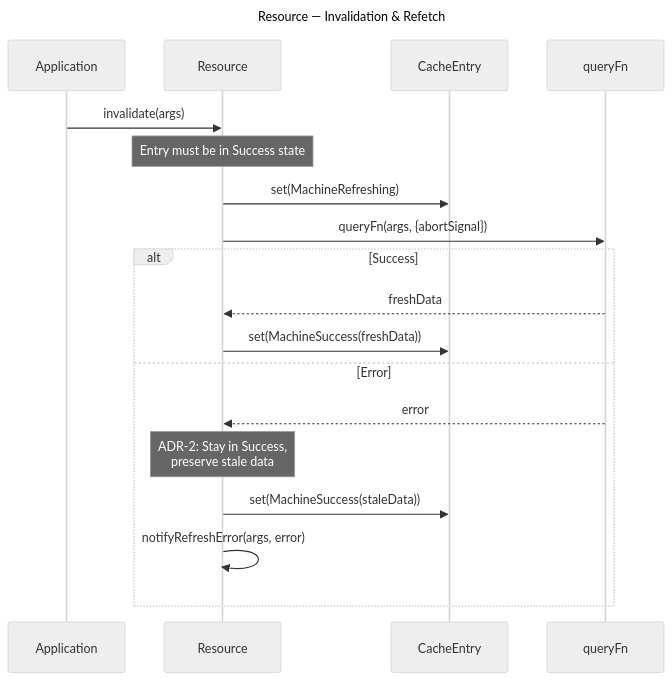
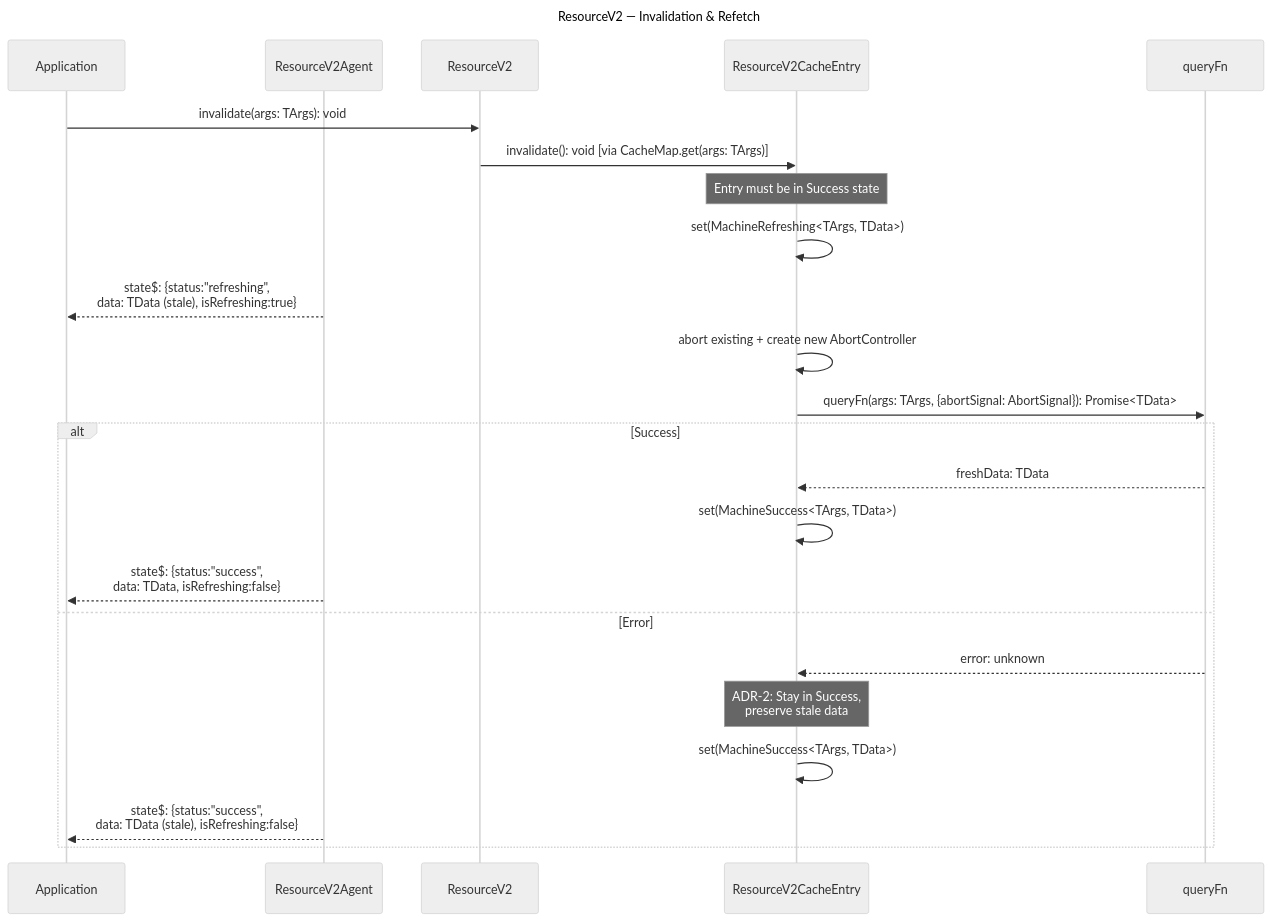
The fourth of 19 diagrams in .thoughts/2026-03-23-1400_query-v2-full-implementation/02-design/02-dataflow.md (fozy-labs/rx-toolkit), drawn with Mermaid (neutral theme) before and after one commit. The commit also changed other lines of this file and 204 other files, not shown here.

````diff
--- a/.thoughts/2026-03-23-1400_query-v2-full-implementation/02-design/02-dataflow.md
+++ b/.thoughts/2026-03-23-1400_query-v2-full-implementation/02-design/02-dataflow.md
@@ -91,23 +89,28 @@
 ```mermaid
 sequenceDiagram
-    title Resource — Invalidation & Refetch
+    title ResourceV2 — Invalidation & Refetch
     participant App as Application
-    participant Res as Resource
-    participant CE as CacheEntry
+    participant Agent as ResourceV2Agent
+    participant Res as ResourceV2
+    participant RCE as ResourceV2CacheEntry
     participant QFn as queryFn
     
-    App->>Res: invalidate(args)
-    Note over Res: Entry must be in Success state
-    Res->>CE: set(MachineRefreshing)
-    Res->>QFn: queryFn(args, {abortSignal})
+    App->>Res: invalidate(args: TArgs): void
+    Res->>RCE: invalidate(): void [via CacheMap.get(args: TArgs)]
+    Note over RCE: Entry must be in Success state
+    RCE->>RCE: set(MachineRefreshing<TArgs, TData>)
+    Agent-->>App: state$: {status:"refreshing",<br/>data: TData (stale), isRefreshing:true}
+    RCE->>RCE: abort existing + create new AbortController
+    RCE->>QFn: queryFn(args: TArgs, {abortSignal: AbortSignal}): Promise<TData>
     
     alt Success
-        QFn-->>Res: freshData
-        Res->>CE: set(MachineSuccess(freshData))
+        QFn-->>RCE: freshData: TData
+        RCE->>RCE: set(MachineSuccess<TArgs, TData>)
+        Agent-->>App: state$: {status:"success",<br/>data: TData, isRefreshing:false}
     else Error
-        QFn-->>Res: error
-        Note over Res: ADR-2: Stay in Success,<br/>preserve stale data
-        Res->>CE: set(MachineSuccess(staleData))
-        Res->>Res: notifyRefreshError(args, error)
+        QFn-->>RCE: error: unknown
+        Note over RCE: ADR-2: Stay in Success,<br/>preserve stale data
+        RCE->>RCE: set(MachineSuccess<TArgs, TData>)
+        Agent-->>App: state$: {status:"success",<br/>data: TData (stale), isRefreshing:false}
     end
 ```
````
